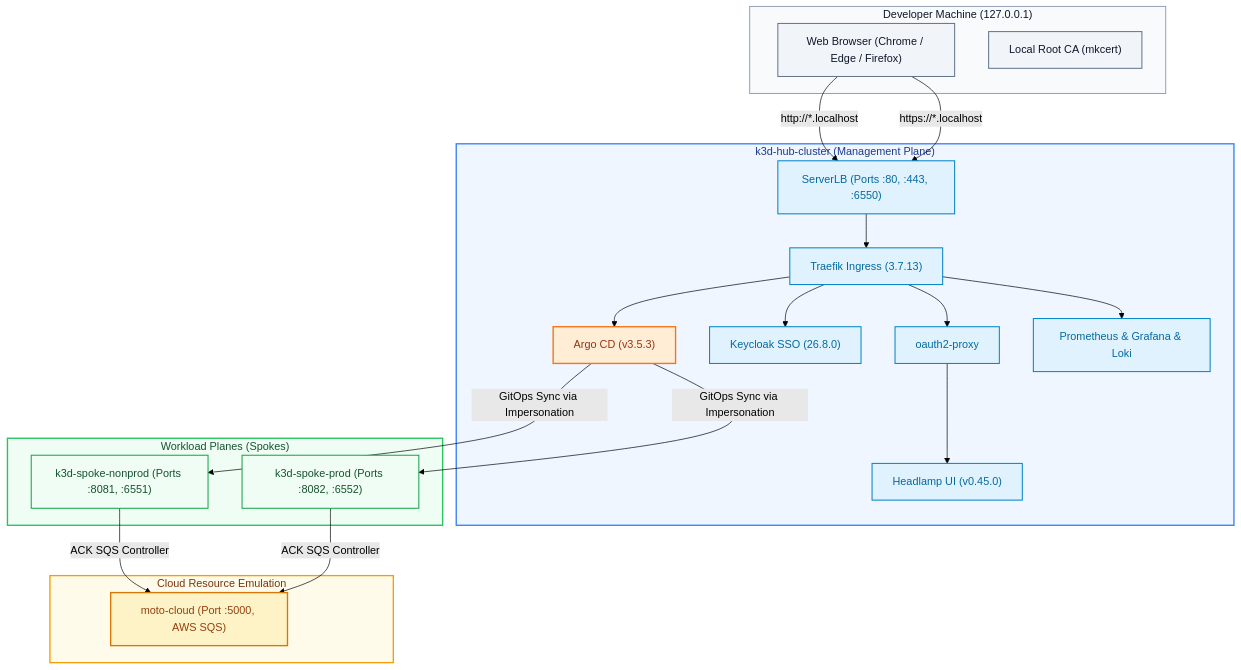
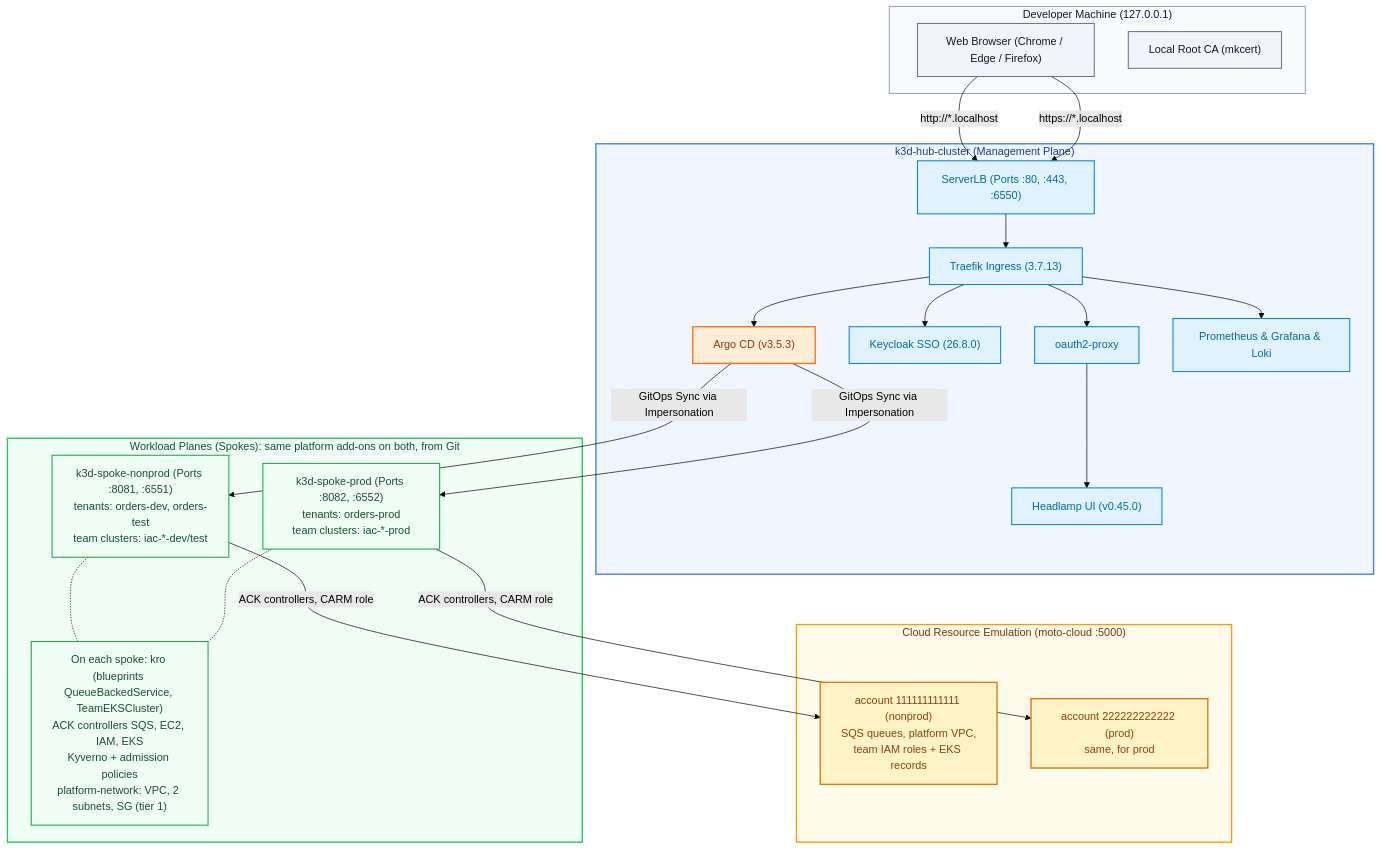
One commit to brunobml/gitops-control-plane changed the first of 2 diagrams in docs/runbooks/devops-student-rebuild-guide.md. Above: the diagram before and after it, drawn with Mermaid (forest theme). The commit also changed other lines of this file and 10 other files, not shown here.

````diff
--- a/docs/runbooks/devops-student-rebuild-guide.md
+++ b/docs/runbooks/devops-student-rebuild-guide.md
@@ -15,59 +26,63 @@
 ```mermaid
 flowchart TD
     %% Subgraph boundary styling
     style Host fill:#f8fafc,stroke:#94a3b8,stroke-width:1.5px,color:#0f172a
     style Hub fill:#eff6ff,stroke:#3b82f6,stroke-width:2px,color:#1e3a8a
     style Spokes fill:#f0fdf4,stroke:#22c55e,stroke-width:2px,color:#14532d
     style AWSMock fill:#fffbeb,stroke:#f59e0b,stroke-width:2px,color:#78350f
 
     subgraph Host ["Developer Machine (127.0.0.1)"]
         Browser["Web Browser (Chrome / Edge / Firefox)"]
         mkcert["Local Root CA (mkcert)"]
     end
 
     subgraph Hub ["k3d-hub-cluster (Management Plane)"]
         LB["ServerLB (Ports :80, :443, :6550)"]
         Traefik["Traefik Ingress (3.7.13)"]
         ArgoCD["Argo CD (v3.5.3)"]
         Keycloak["Keycloak SSO (26.8.0)"]
         OAuth2Proxy["oauth2-proxy"]
         Headlamp["Headlamp UI (v0.45.0)"]
         Monitoring["Prometheus & Grafana & Loki"]
     end
 
-    subgraph Spokes ["Workload Planes (Spokes)"]
-        SpokeNonProd["k3d-spoke-nonprod (Ports :8081, :6551)"]
-        SpokeProd["k3d-spoke-prod (Ports :8082, :6552)"]
+    subgraph Spokes ["Workload Planes (Spokes): same platform add-ons on both, from Git"]
+        SpokeNonProd["k3d-spoke-nonprod (Ports :8081, :6551)<br/>tenants: orders-dev, orders-test<br/>team clusters: iac-*-dev/test"]
+        SpokeProd["k3d-spoke-prod (Ports :8082, :6552)<br/>tenants: orders-prod<br/>team clusters: iac-*-prod"]
+        Ctrl["On each spoke: kro (blueprints QueueBackedService, TeamEKSCluster)<br/>ACK controllers SQS, EC2, IAM, EKS<br/>Kyverno + admission policies<br/>platform-network: VPC, 2 subnets, SG (tier 1)"]
     end
 
-    subgraph AWSMock ["Cloud Resource Emulation"]
-        Moto["moto-cloud (Port :5000, AWS SQS)"]
+    subgraph AWSMock ["Cloud Resource Emulation (moto-cloud :5000)"]
+        Acct111["account 111111111111 (nonprod)<br/>SQS queues, platform VPC,<br/>team IAM roles + EKS records"]
+        Acct222["account 222222222222 (prod)<br/>same, for prod"]
     end
 
     Browser -->|http://*.localhost| LB
     Browser -->|https://*.localhost| LB
     LB --> Traefik
     Traefik --> ArgoCD
     Traefik --> Keycloak
     Traefik --> OAuth2Proxy --> Headlamp
     Traefik --> Monitoring
 
     ArgoCD -->|GitOps Sync via Impersonation| SpokeNonProd
     ArgoCD -->|GitOps Sync via Impersonation| SpokeProd
 
-    SpokeNonProd -->|ACK SQS Controller| Moto
-    SpokeProd -->|ACK SQS Controller| Moto
+    SpokeNonProd -.- Ctrl
+    SpokeProd -.- Ctrl
+    SpokeNonProd -->|ACK controllers, CARM role| Acct111
+    SpokeProd -->|ACK controllers, CARM role| Acct222
 
     %% Node color classes
     classDef hostItem fill:#f1f5f9,stroke:#64748b,stroke-width:1.5px,color:#0f172a;
     classDef hubItem fill:#e0f2fe,stroke:#0284c7,stroke-width:1.5px,color:#0369a1;
     classDef argo fill:#ffedd5,stroke:#f97316,stroke-width:2px,color:#9a3412;
     classDef spokeItem fill:#f0fdf4,stroke:#16a34a,stroke-width:1.5px,color:#14532d;
     classDef cloudItem fill:#fef3c7,stroke:#d97706,stroke-width:2px,color:#92400e;
 
     class Browser,mkcert hostItem;
     class LB,Traefik,Keycloak,OAuth2Proxy,Headlamp,Monitoring hubItem;
     class ArgoCD argo;
-    class SpokeNonProd,SpokeProd spokeItem;
-    class Moto cloudItem;
+    class SpokeNonProd,SpokeProd,Ctrl spokeItem;
+    class Acct111,Acct222 cloudItem;
 ```
````
